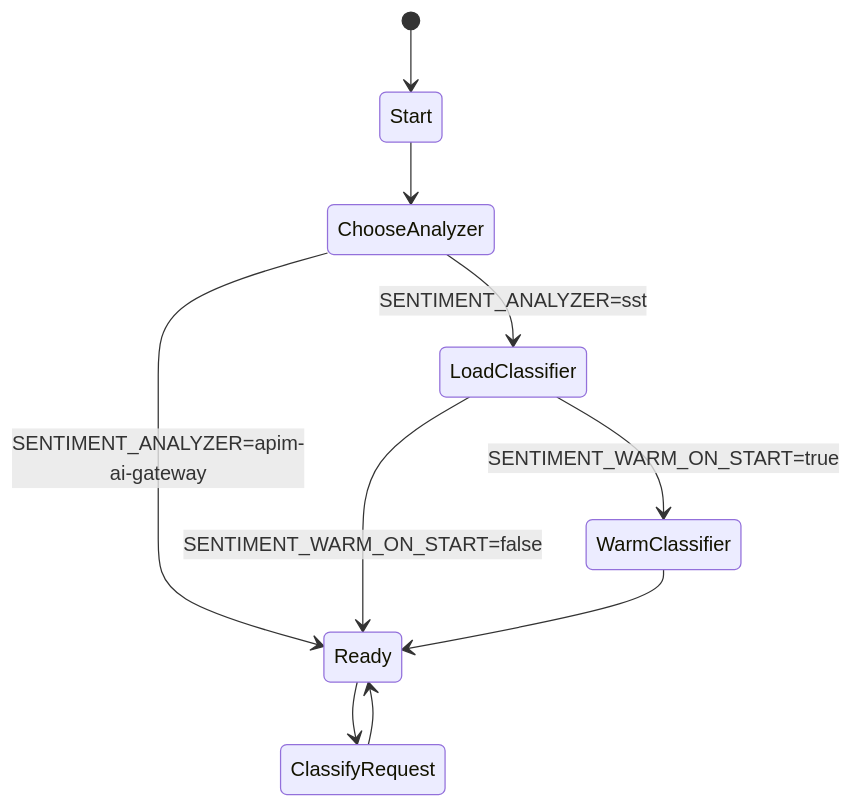
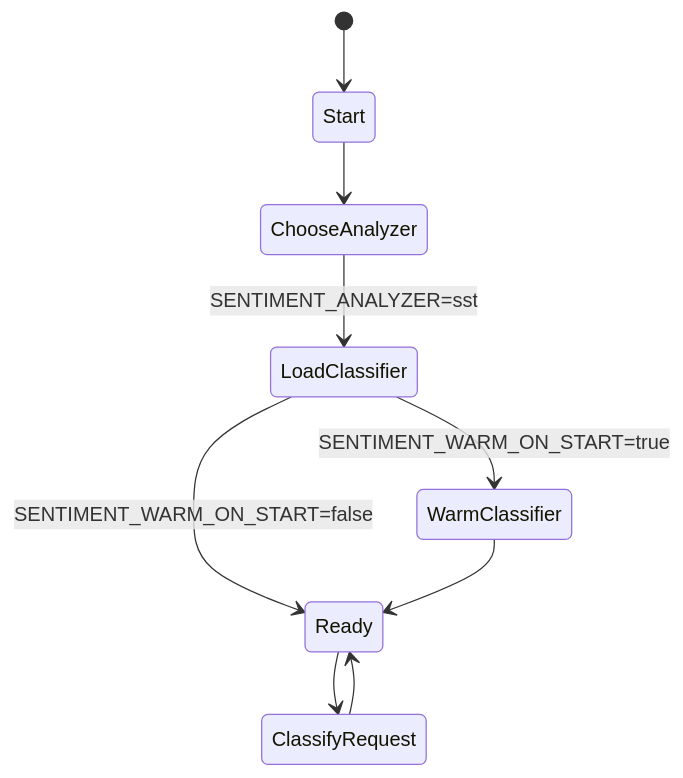
Before and after one commit to nickromney/platform: the second of 4 diagrams in apps/sentiment/docs/COMPOSE-ARCHITECTURE.md, drawn with Mermaid. The commit also changed other lines of this file and 388 other files, not shown here.

Commit message:
Add gateway identity support to APIM simulator (#114)

````diff
--- a/apps/sentiment/docs/COMPOSE-ARCHITECTURE.md
+++ b/apps/sentiment/docs/COMPOSE-ARCHITECTURE.md
@@ -67,12 +58,11 @@
 ```mermaid
 stateDiagram-v2
     [*] --> Start
     Start --> ChooseAnalyzer
     ChooseAnalyzer --> LoadClassifier: SENTIMENT_ANALYZER=sst
-    ChooseAnalyzer --> Ready: SENTIMENT_ANALYZER=apim-ai-gateway
     LoadClassifier --> WarmClassifier: SENTIMENT_WARM_ON_START=true
     LoadClassifier --> Ready: SENTIMENT_WARM_ON_START=false
     WarmClassifier --> Ready
     Ready --> ClassifyRequest
     ClassifyRequest --> Ready
 ```
````
